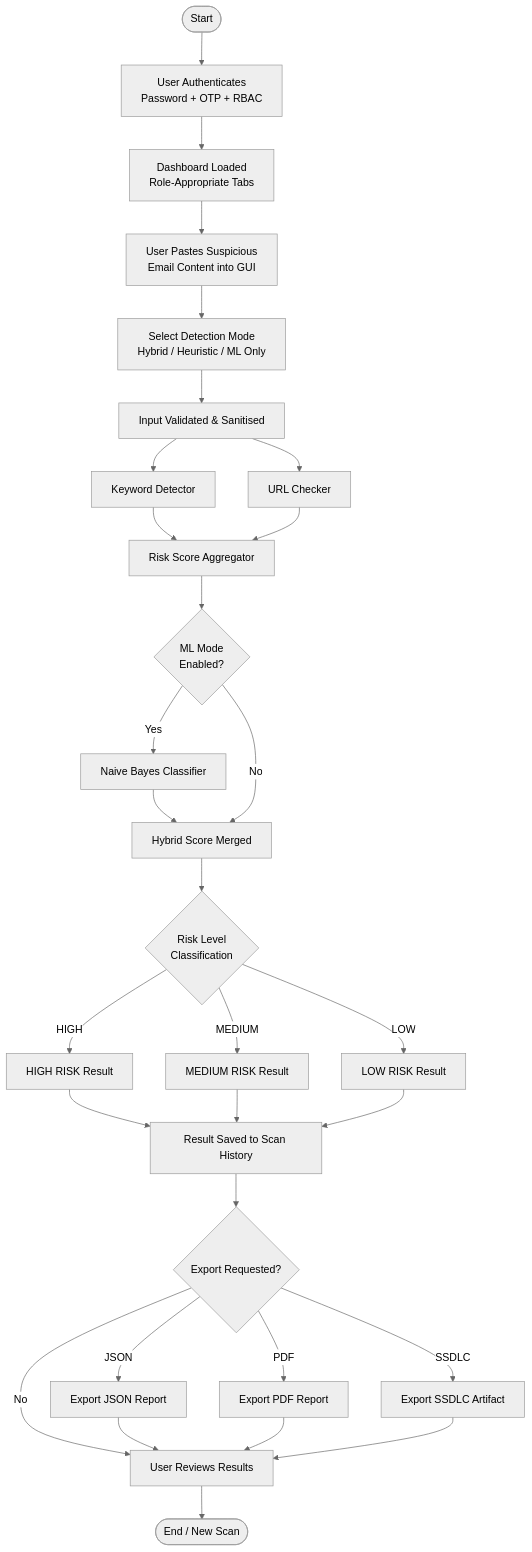
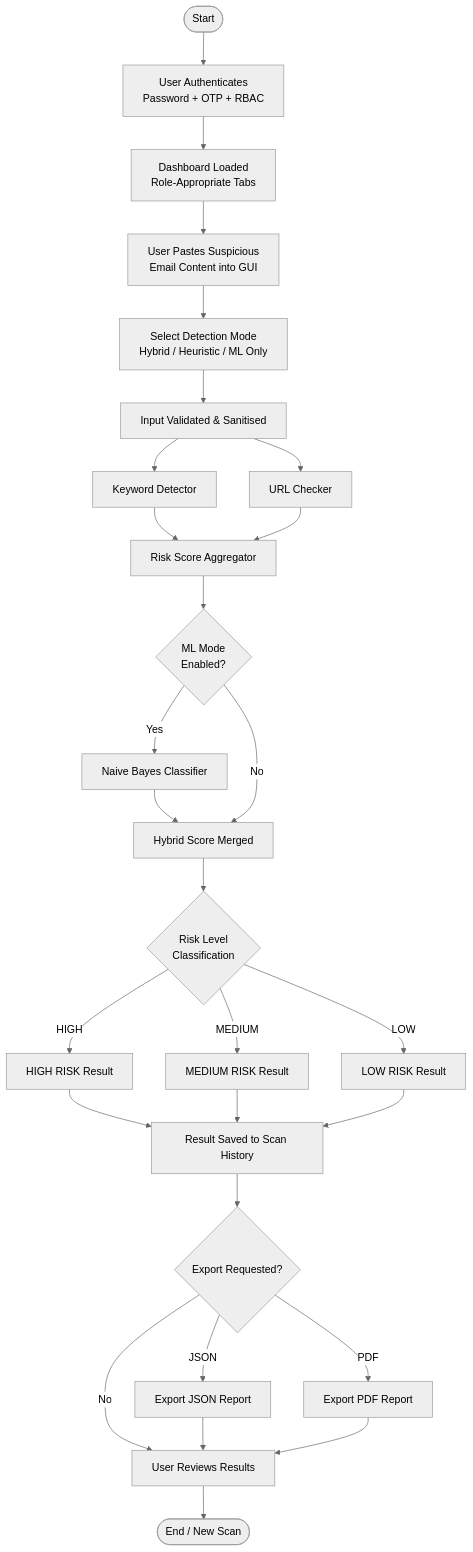
One commit to marmikkarki20-droid/Email-phishing-Detection-system changed the fifth of 7 diagrams in reports/PhishGuard_Full_Report.md. Above: the diagram before and after it, drawn with Mermaid (neutral theme). The commit also changed other lines of this file and 16 other files, not shown here.

````diff
--- a/reports/PhishGuard_Full_Report.md
+++ b/reports/PhishGuard_Full_Report.md
@@ -394,27 +449,26 @@
 ```mermaid
 flowchart TD
     A([Start]) --> B[User Authenticates\nPassword + OTP + RBAC]
     B --> C[Dashboard Loaded\nRole-Appropriate Tabs]
     C --> D[User Pastes Suspicious\nEmail Content into GUI]
     D --> E[Select Detection Mode\nHybrid / Heuristic / ML Only]
     E --> F[Input Validated & Sanitised]
     F --> G[Keyword Detector]
     F --> H[URL Checker]
     G & H --> I[Risk Score Aggregator]
     I --> J{ML Mode\nEnabled?}
     J -- Yes --> K[Naive Bayes Classifier]
     K --> L[Hybrid Score Merged]
     J -- No --> L
     L --> M{Risk Level\nClassification}
     M -- HIGH --> N[HIGH RISK Result]
     M -- MEDIUM --> O[MEDIUM RISK Result]
     M -- LOW --> P[LOW RISK Result]
     N & O & P --> Q[Result Saved to Scan History]
     Q --> R{Export Requested?}
     R -- JSON --> S[Export JSON Report]
     R -- PDF --> T[Export PDF Report]
-    R -- SSDLC --> U[Export SSDLC Artifact]
     R -- No --> V[User Reviews Results]
-    S & T & U --> V
+    S & T --> V
     V --> W([End / New Scan])
 ```
````
